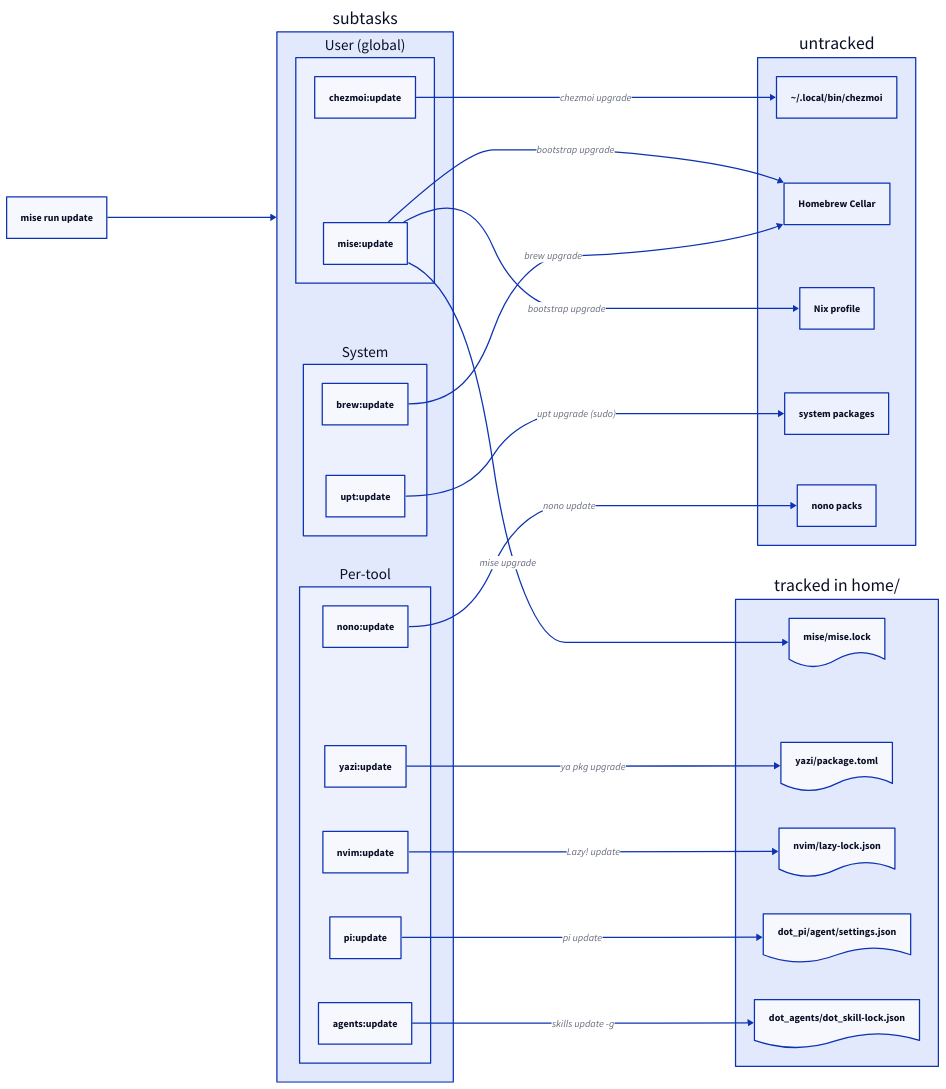
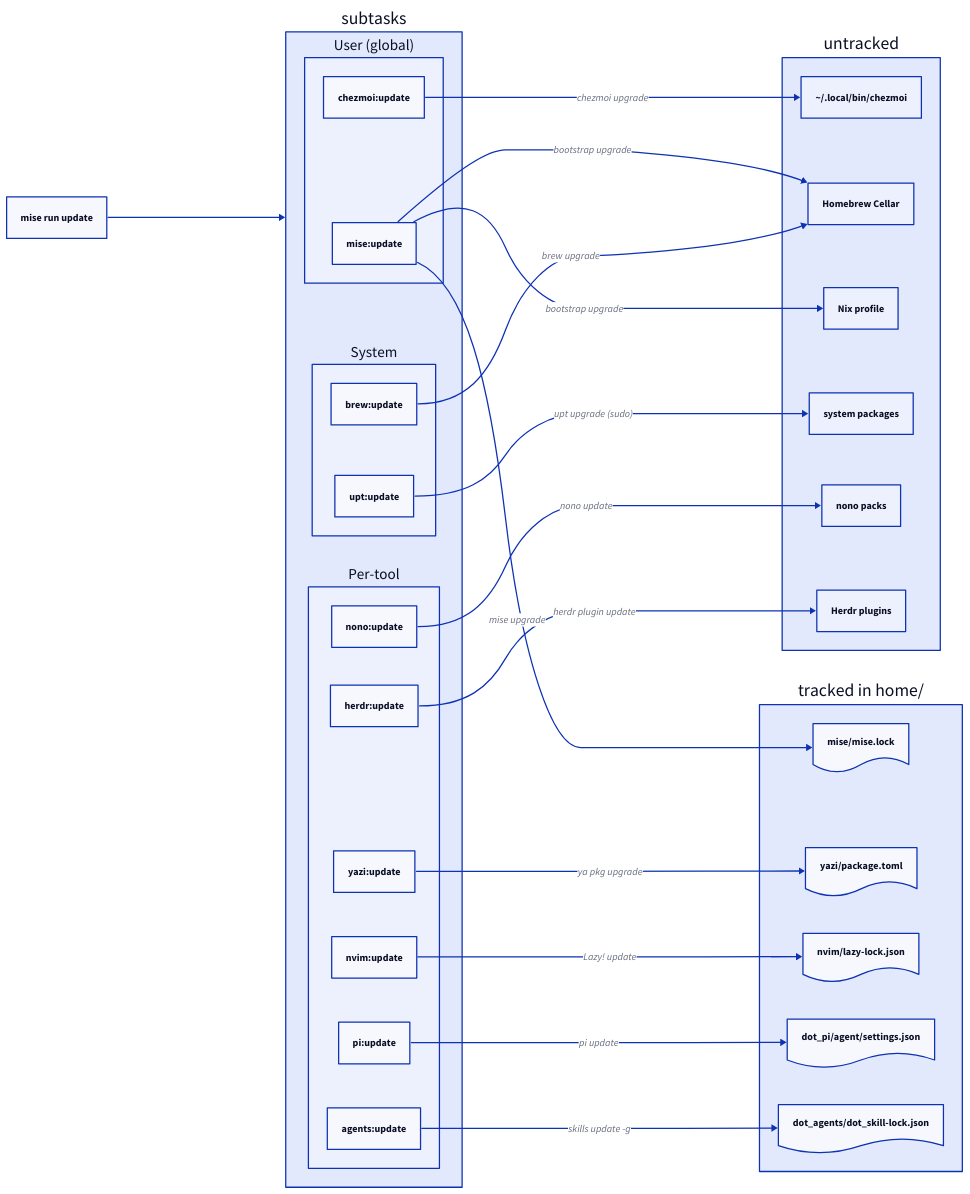
Before and after one commit to german-molins/dotfiles: the second of 2 diagrams in docs/package_managers.md, drawn with D2. The commit also changed other lines of this file and 4 other files, not shown here.

First line of the commit message:
feat(mise): add herdr:update task for Herdr plugins

````diff
--- a/docs/package_managers.md
+++ b/docs/package_managers.md
@@ -93,52 +93,55 @@
 ```d2
 direction: right
 
 update: mise run update
 
 tasks: subtasks {
   system: System {
     brew: brew:update
     upt: upt:update
   }
   user: User (global) {
     chezmoi: chezmoi:update
     mise: mise:update
   }
   pertool: Per-tool {
     yazi: yazi:update
     nvim: nvim:update
     pi: pi:update
     nono: nono:update
+    herdr: herdr:update
     agents: agents:update
   }
 }
 
 tracked: tracked in home/ {
   lock: mise/mise.lock {shape: document}
   yazi: yazi/package.toml {shape: document}
   nvim: nvim/lazy-lock.json {shape: document}
   pi: dot_pi/agent/settings.json {shape: document}
   skills: dot_agents/dot_skill-lock.json {shape: document}
 }
 
 untracked: untracked {
   chezmoi: "~/.local/bin/chezmoi"
   cellar: Homebrew Cellar
   nix: Nix profile
   apt: system packages
   nono: nono packs
+  herdr: Herdr plugins
 }
 
 update -> tasks
 tasks.user.chezmoi -> untracked.chezmoi: chezmoi upgrade
 tasks.user.mise -> tracked.lock: mise upgrade
 tasks.user.mise -> untracked.cellar: bootstrap upgrade
 tasks.user.mise -> untracked.nix: bootstrap upgrade
 tasks.pertool.yazi -> tracked.yazi: ya pkg upgrade
 tasks.pertool.nvim -> tracked.nvim: "Lazy! update"
 tasks.pertool.pi -> tracked.pi: pi update
 tasks.pertool.nono -> untracked.nono: nono update
+tasks.pertool.herdr -> untracked.herdr: herdr plugin update
 tasks.system.brew -> untracked.cellar: brew upgrade
 tasks.system.upt -> untracked.apt: "upt upgrade (sudo)"
 tasks.pertool.agents -> tracked.skills: "skills update -g"
 ```
````
